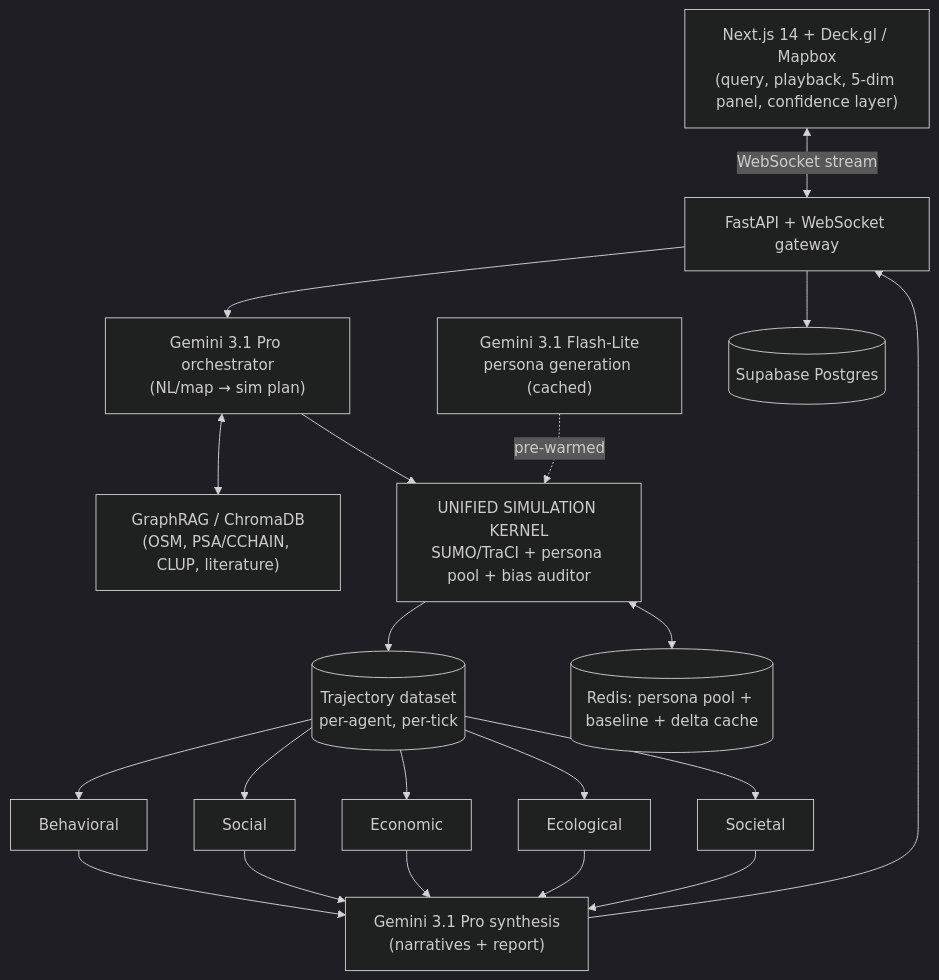
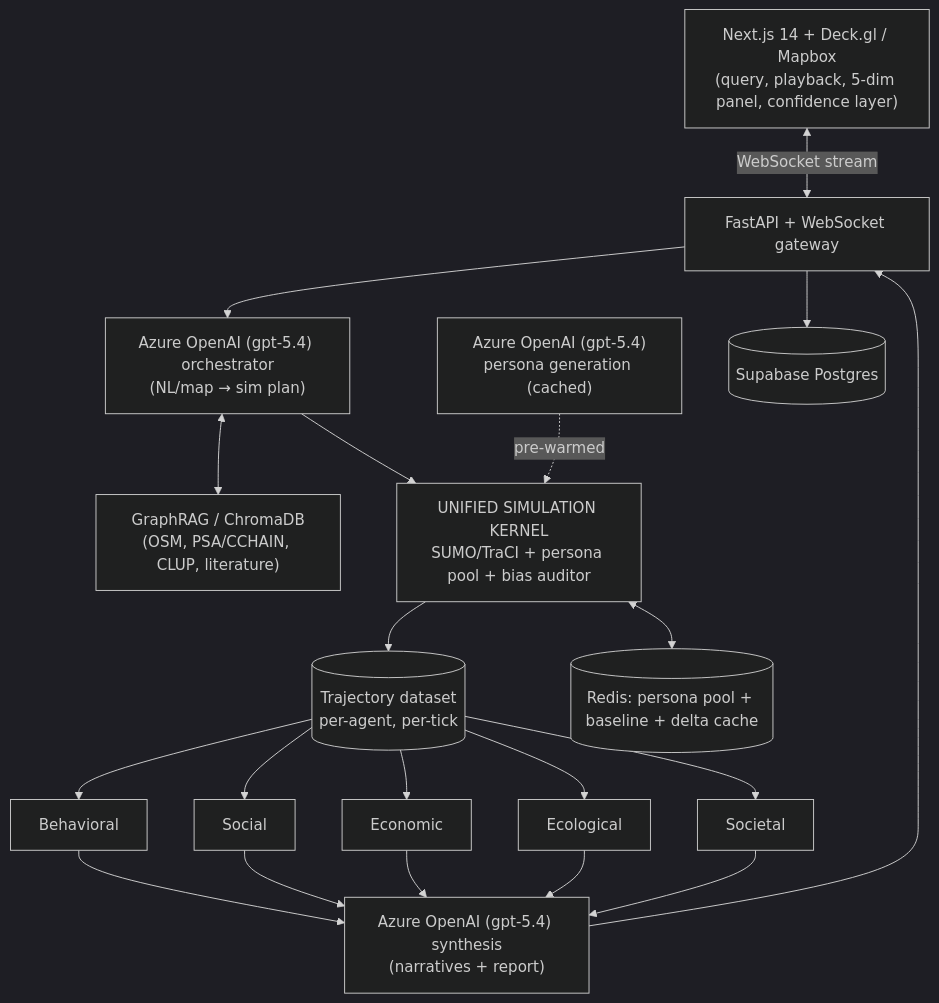
One commit to delatorrecj/matrix changed the diagram in docs/sdd-matrix.md. Above: the diagram before and after it, drawn with Mermaid (dark theme). The commit also changed other lines of this file and 23 other files, not shown here.

Commit message:
feat: implement resilient Azure OpenAI client with retry logic and initialize base API and kernel packages

````diff
--- a/docs/sdd-matrix.md
+++ b/docs/sdd-matrix.md
@@ -35,28 +35,28 @@
 ```mermaid
 graph TD
     UI["Next.js 14 + Deck.gl / Mapbox<br/>(query, playback, 5-dim panel, confidence layer)"]
     GW["FastAPI + WebSocket gateway"]
-    ORC["Gemini 3.1 Pro orchestrator<br/>(NL/map → sim plan)"]
+    ORC["Azure OpenAI (gpt-5.4) orchestrator<br/>(NL/map → sim plan)"]
     RAG["GraphRAG / ChromaDB<br/>(OSM, PSA/CCHAIN, CLUP, literature)"]
     KERNEL["UNIFIED SIMULATION KERNEL<br/>SUMO/TraCI + persona pool + bias auditor"]
-    PERS["Gemini 3.1 Flash-Lite<br/>persona generation (cached)"]
+    PERS["Azure OpenAI (gpt-5.4)<br/>persona generation (cached)"]
     TRAJ[("Trajectory dataset<br/>per-agent, per-tick")]
     MB["Behavioral"]
     MS["Social"]
     ME["Economic"]
     MC["Ecological"]
     MZ["Societal"]
-    SYN["Gemini 3.1 Pro synthesis<br/>(narratives + report)"]
+    SYN["Azure OpenAI (gpt-5.4) synthesis<br/>(narratives + report)"]
     DB[("Supabase Postgres")]
     REDIS[("Redis: persona pool + baseline + delta cache")]
 
     UI <-->|WebSocket stream| GW --> ORC
     ORC <--> RAG
     ORC --> KERNEL
     PERS -.pre-warmed.-> KERNEL
     KERNEL --> TRAJ
     TRAJ --> MB & MS & ME & MC & MZ
     MB & MS & ME & MC & MZ --> SYN --> GW
     KERNEL <--> REDIS
     GW --> DB
 ```
````
